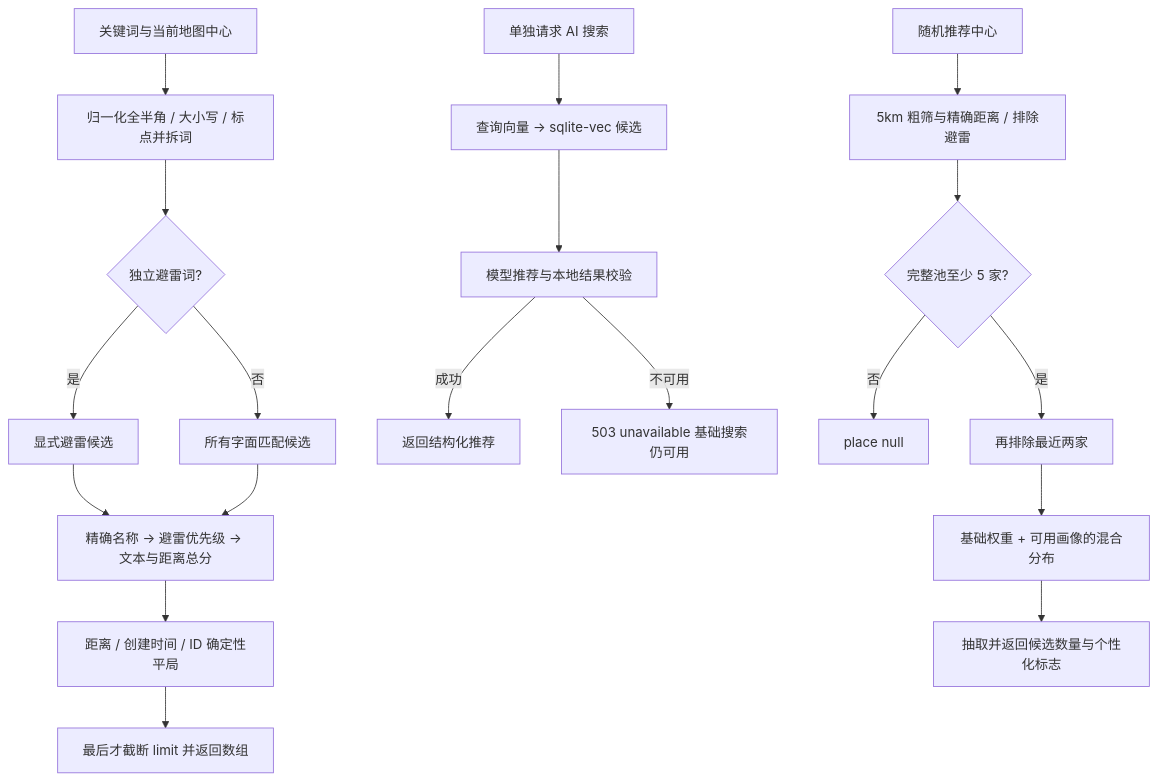
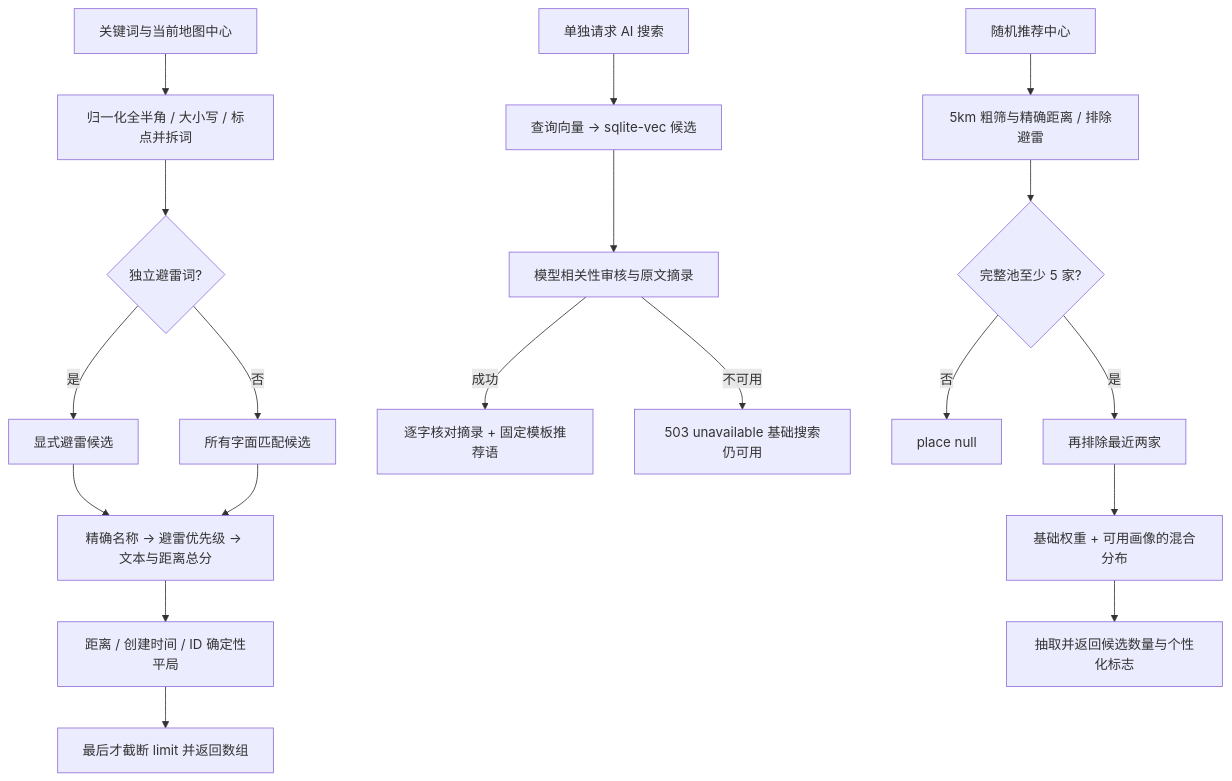
The diagram in backend/modules/discovery/doc/README.md (DinnerpartyFoodMap/dinnerparty_community), drawn with Mermaid before and after one commit. The commit also changed other lines of this file and 10 other files, not shown here.

````diff
--- a/backend/modules/discovery/doc/README.md
+++ b/backend/modules/discovery/doc/README.md
@@ -5,21 +5,21 @@
 ```mermaid
 flowchart TD
     Query[关键词与当前地图中心] --> Normalize[归一化全半角 / 大小写 / 标点并拆词]
     Normalize --> Explicit{独立避雷词?}
     Explicit -->|是| Filter[显式避雷候选]
     Explicit -->|否| Recall[所有字面匹配候选]
     Filter --> Rank[精确名称 → 避雷优先级 → 文本与距离总分]
     Recall --> Rank
     Rank --> Tie[距离 / 创建时间 / ID 确定性平局]
     Tie --> Limit[最后才截断 limit 并返回数组]
     AI[单独请求 AI 搜索] --> Embed[查询向量 → sqlite-vec 候选]
-    Embed --> Review[模型推荐与本地结果校验]
-    Review -->|成功| AIResult[返回结构化推荐]
+    Embed --> Review[模型相关性审核与原文摘录]
+    Review -->|成功| AIResult[逐字核对摘录 + 固定模板推荐语]
     Review -->|不可用| Degrade[503 unavailable 基础搜索仍可用]
     Random[随机推荐中心] --> Five[5km 粗筛与精确距离 / 排除避雷]
     Five --> Pool{完整池至少 5 家?}
     Pool -->|否| Empty[place null]
     Pool -->|是| Exclude[再排除最近两家]
     Exclude --> Weight[基础权重 + 可用画像的混合分布]
     Weight --> Draw[抽取并返回候选数量与个性化标志]
 ```
````
